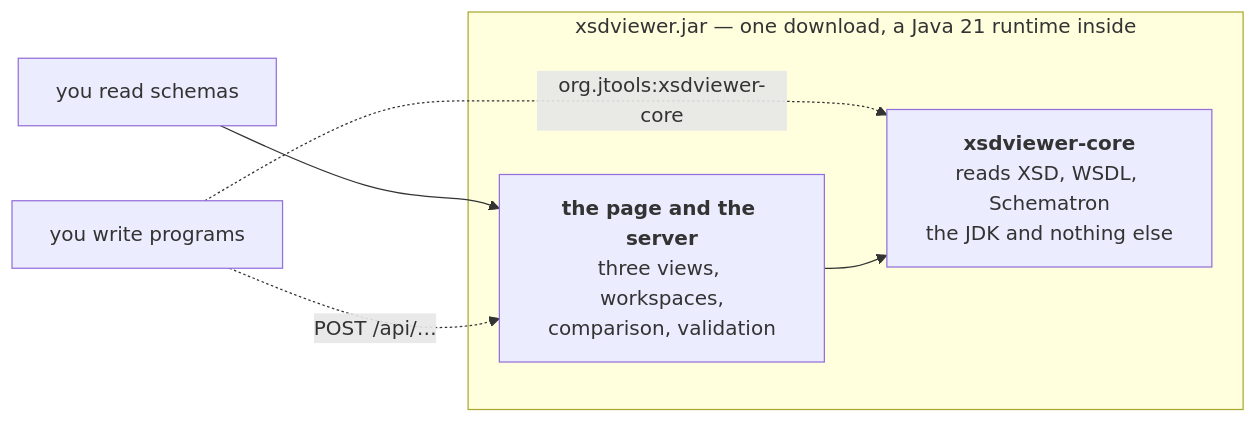
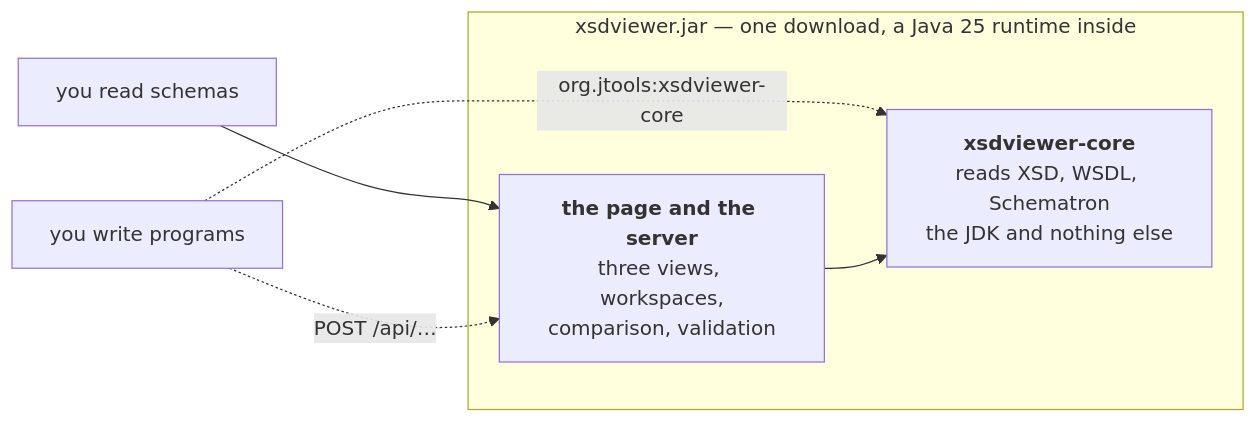
Before and after one commit to j4ckk0/XsdViewer: the diagram in README.md, drawn with Mermaid. The commit also changed other lines of this file and 19 other files, not shown here.

````diff
--- a/README.md
+++ b/README.md
@@ -731,9 +732,9 @@
 ```mermaid
 flowchart LR
     you["you read schemas"] --> app
     dev["you write programs"] -. "org.jtools:xsdviewer-core" .-> core
     dev -. "POST /api/…" .-> app
-    subgraph jar["xsdviewer.jar — one download, a Java 21 runtime inside"]
+    subgraph jar["xsdviewer.jar — one download, a Java 25 runtime inside"]
         app["<b>the page and the server</b><br/>three views, workspaces,<br/>comparison, validation"] --> core["<b>xsdviewer-core</b><br/>reads XSD, WSDL, Schematron<br/>the JDK and nothing else"]
     end
 ```
````
